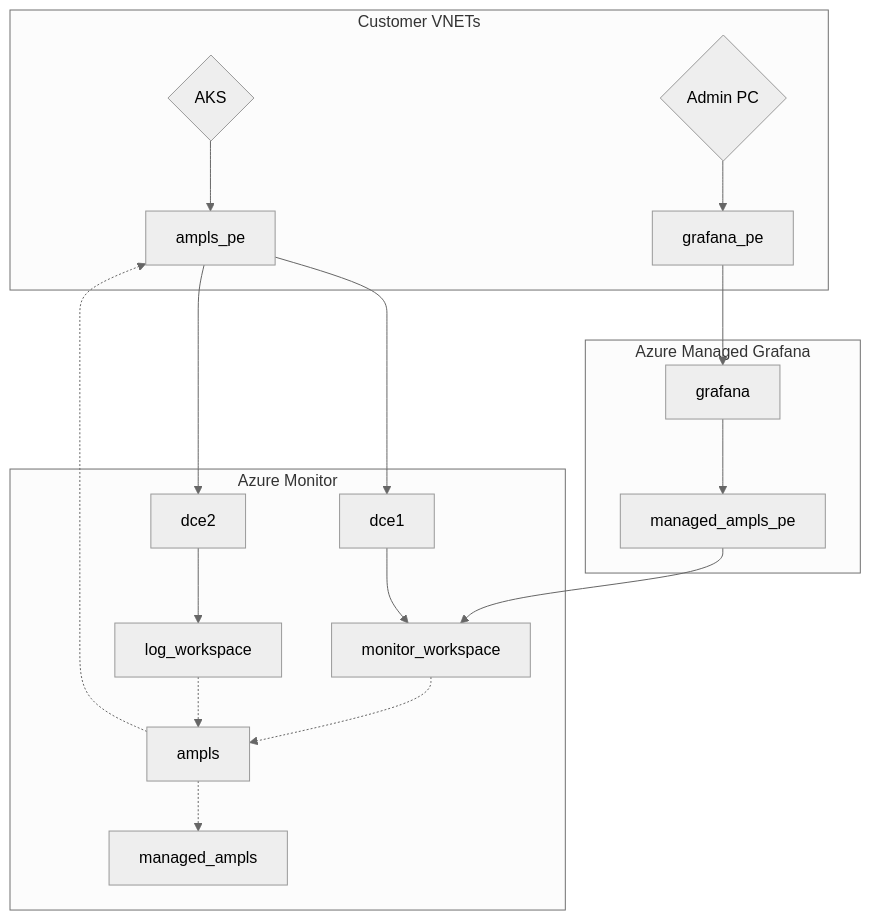
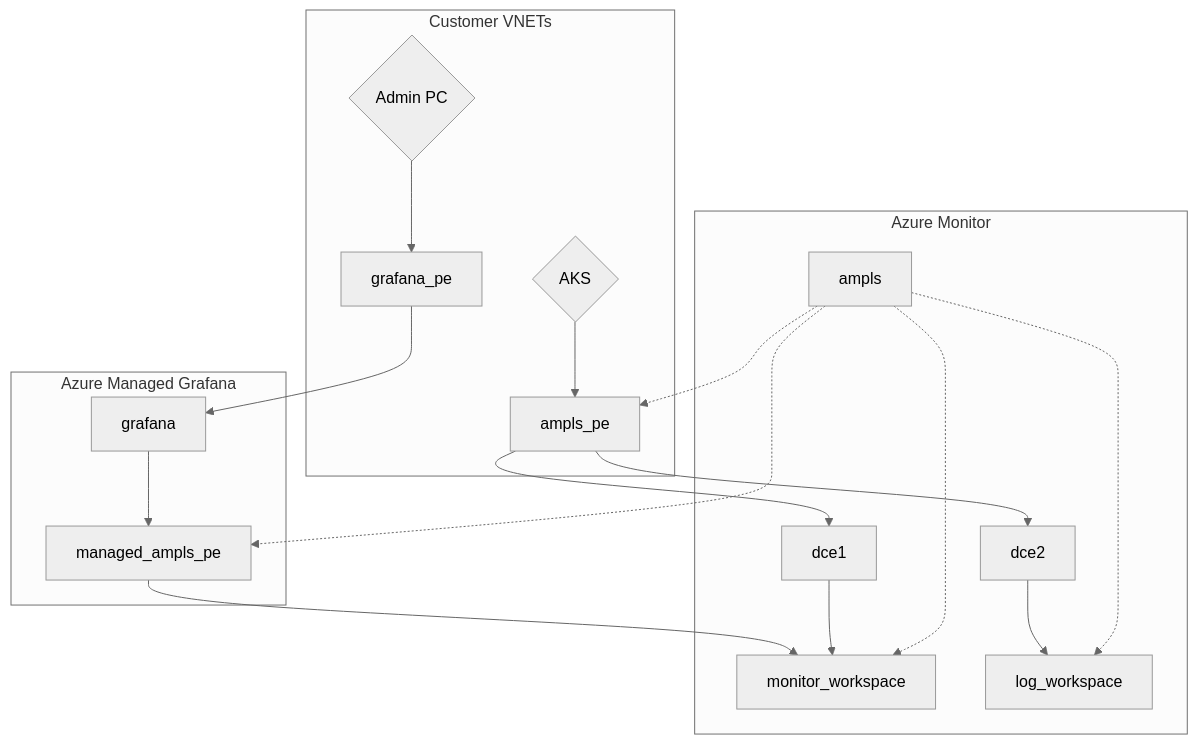
One commit to tkubica12/aks-as-a-service changed the diagram in docs/monitoring.md. Above: the diagram before and after it, drawn with Mermaid (neutral theme). The commit also changed 4 other files, not shown here.

````diff
--- a/docs/monitoring.md
+++ b/docs/monitoring.md
@@ -2,31 +2,27 @@
 ```mermaid
 graph TD;
     subgraph "Customer VNETs"
         ampls_pe
         grafana_pe
-        aks{AKS}
-        admin_pc{Admin PC}
+        aks{AKS} --> ampls_pe
+        admin_pc{Admin PC} --> grafana_pe
     end
 
     subgraph "Azure Managed Grafana"
         grafana --> managed_ampls_pe
     end
 
     subgraph "Azure Monitor"
-
-    aks{AKS} --> ampls_pe
-    ampls .-> ampls_pe
-    ampls .-> managed_ampls
-    dce1 --> monitor_workspace 
-    monitor_workspace .-> ampls
-    managed_ampls_pe --> monitor_workspace
-    dce2 --> log_workspace 
-    log_workspace .-> ampls
-    ampls_pe --> dce1
-    ampls_pe --> dce2
-    
-    grafana_pe --> grafana
-    admin_pc --> grafana_pe
+        ampls .-> ampls_pe
+        ampls .-> managed_ampls_pe
+        ampls .-> monitor_workspace
+        ampls .-> log_workspace
+        dce1 --> monitor_workspace 
+        managed_ampls_pe --> monitor_workspace
+        dce2 --> log_workspace 
+        ampls_pe --> dce1
+        ampls_pe --> dce2
+        grafana_pe --> grafana
     end
 
 ```
````
